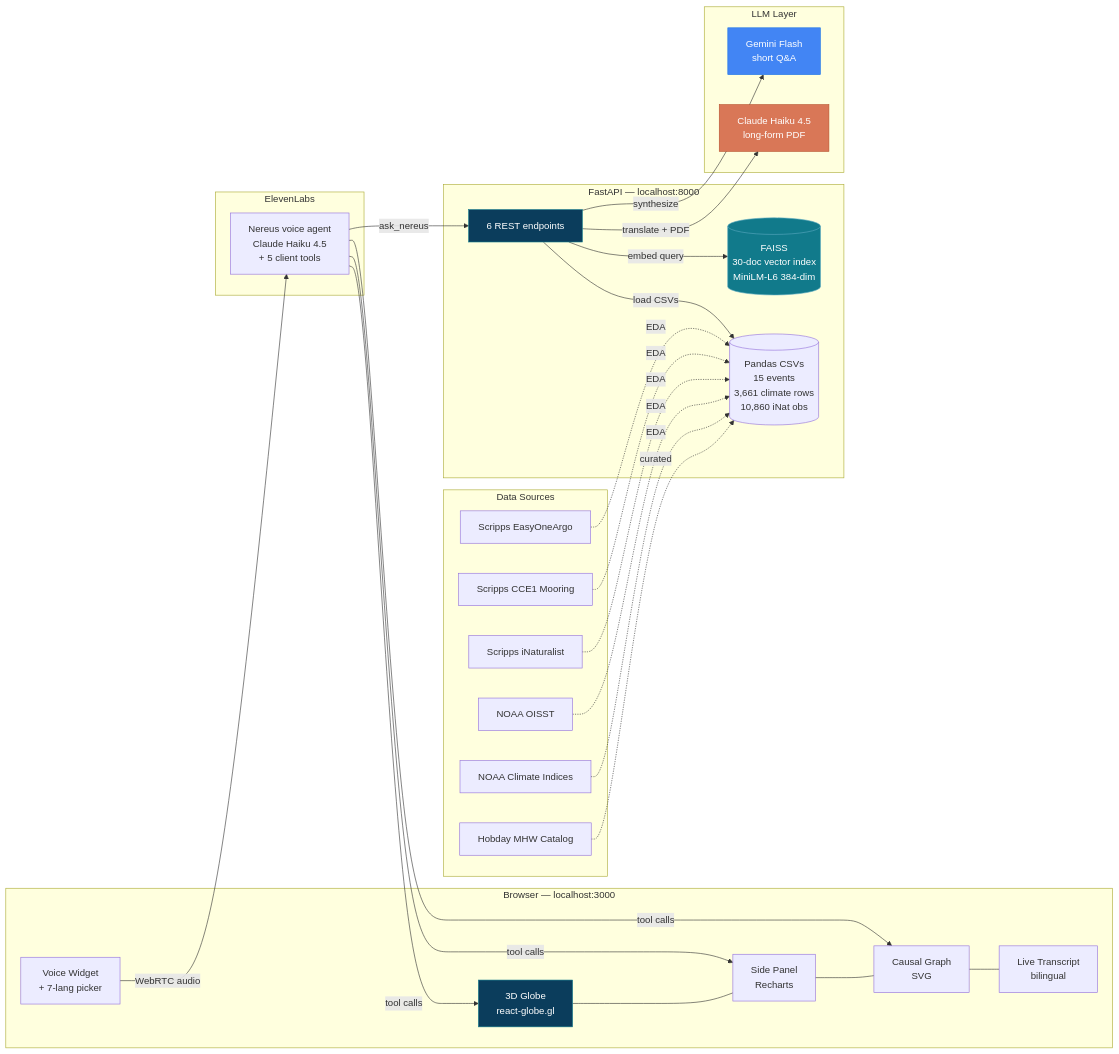
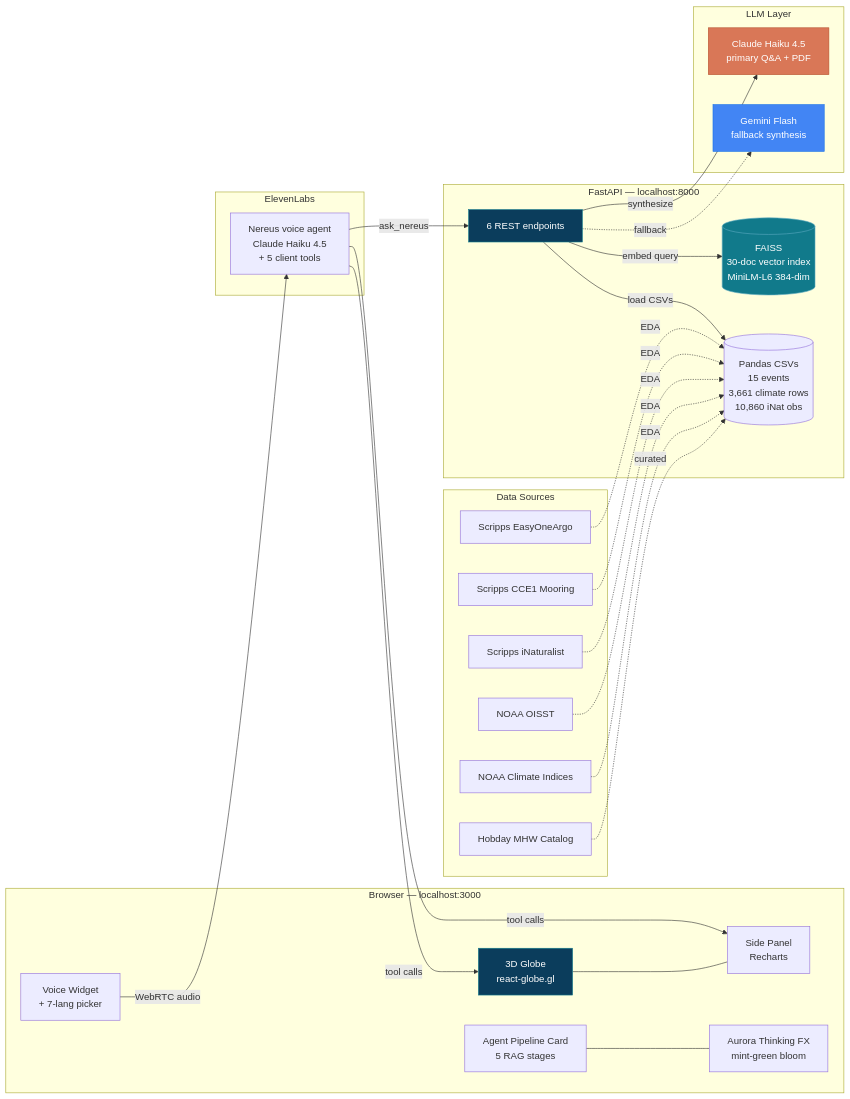
Before and after one commit to hema8Codes/DataHacks_Nereus: the first of 3 diagrams in README.md, drawn with Mermaid. The commit also changed other lines of this file, not shown here.

````diff
--- a/README.md
+++ b/README.md
@@ -58,60 +58,60 @@
 ```mermaid
 flowchart LR
     subgraph browser[Browser — localhost:3000]
         G[3D Globe<br/>react-globe.gl]
         SP[Side Panel<br/>Recharts]
-        KG[Causal Graph<br/>SVG]
-        TR[Live Transcript<br/>bilingual]
+        AP[Agent Pipeline Card<br/>5 RAG stages]
+        AU[Aurora Thinking FX<br/>mint-green bloom]
         VW[Voice Widget<br/>+ 7-lang picker]
     end
 
     subgraph voice[ElevenLabs]
         NV[Nereus voice agent<br/>Claude Haiku 4.5<br/>+ 5 client tools]
     end
 
     subgraph backend[FastAPI — localhost:8000]
         API[6 REST endpoints]
         FAISS[(FAISS<br/>30-doc vector index<br/>MiniLM-L6 384-dim)]
         STORE[(Pandas CSVs<br/>15 events<br/>3,661 climate rows<br/>10,860 iNat obs)]
     end
 
     subgraph llms[LLM Layer]
-        GEM[Gemini Flash<br/>short Q&A]
-        CLD[Claude Haiku 4.5<br/>long-form PDF]
+        CLD[Claude Haiku 4.5<br/>primary Q&A + PDF]
+        GEM[Gemini Flash<br/>fallback synthesis]
     end
 
     subgraph data[Data Sources]
         ARGO[Scripps EasyOneArgo]
         CCE[Scripps CCE1 Mooring]
         INAT[Scripps iNaturalist]
         OISST[NOAA OISST]
         NOAA[NOAA Climate Indices]
         HOBDAY[Hobday MHW Catalog]
     end
 
     VW -->|WebRTC audio| NV
     NV -->|tool calls| G
     NV -->|tool calls| SP
-    NV -->|tool calls| KG
     NV -->|ask_nereus| API
 
-    G --- SP --- KG --- TR
+    G --- SP
+    AP --- AU
 
     API -->|embed query| FAISS
     API -->|load CSVs| STORE
-    API -->|synthesize| GEM
-    API -->|translate + PDF| CLD
+    API -->|synthesize| CLD
+    API -.->|fallback| GEM
 
     ARGO -.->|EDA| STORE
     CCE -.->|EDA| STORE
     INAT -.->|EDA| STORE
     OISST -.->|EDA| STORE
     NOAA -.->|EDA| STORE
     HOBDAY -.->|curated| STORE
 
     style G fill:#0B3D5C,stroke:#117A8B,color:#fff
     style API fill:#0B3D5C,stroke:#117A8B,color:#fff
     style FAISS fill:#117A8B,stroke:#5aa8c0,color:#fff
+    style CLD fill:#D97757,stroke:#B7522E,color:#fff
     style GEM fill:#4285F4,stroke:#1a73e8,color:#fff
-    style CLD fill:#D97757,stroke:#B7522E,color:#fff
 ```
````
